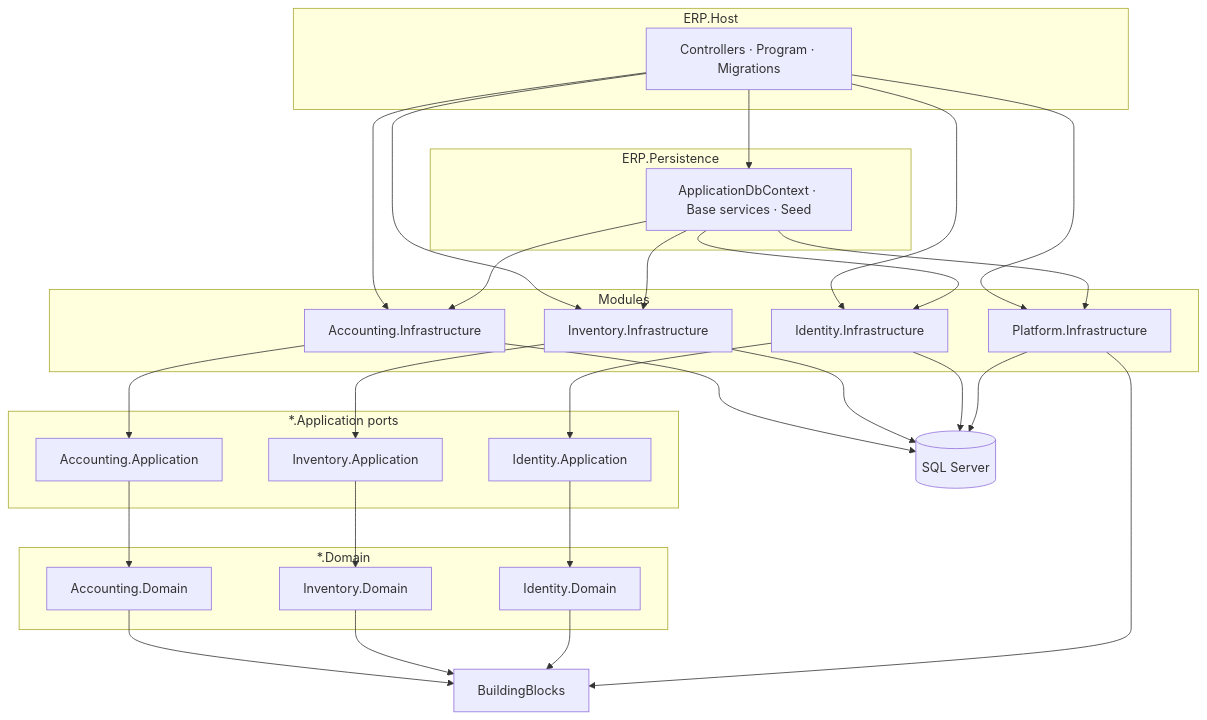
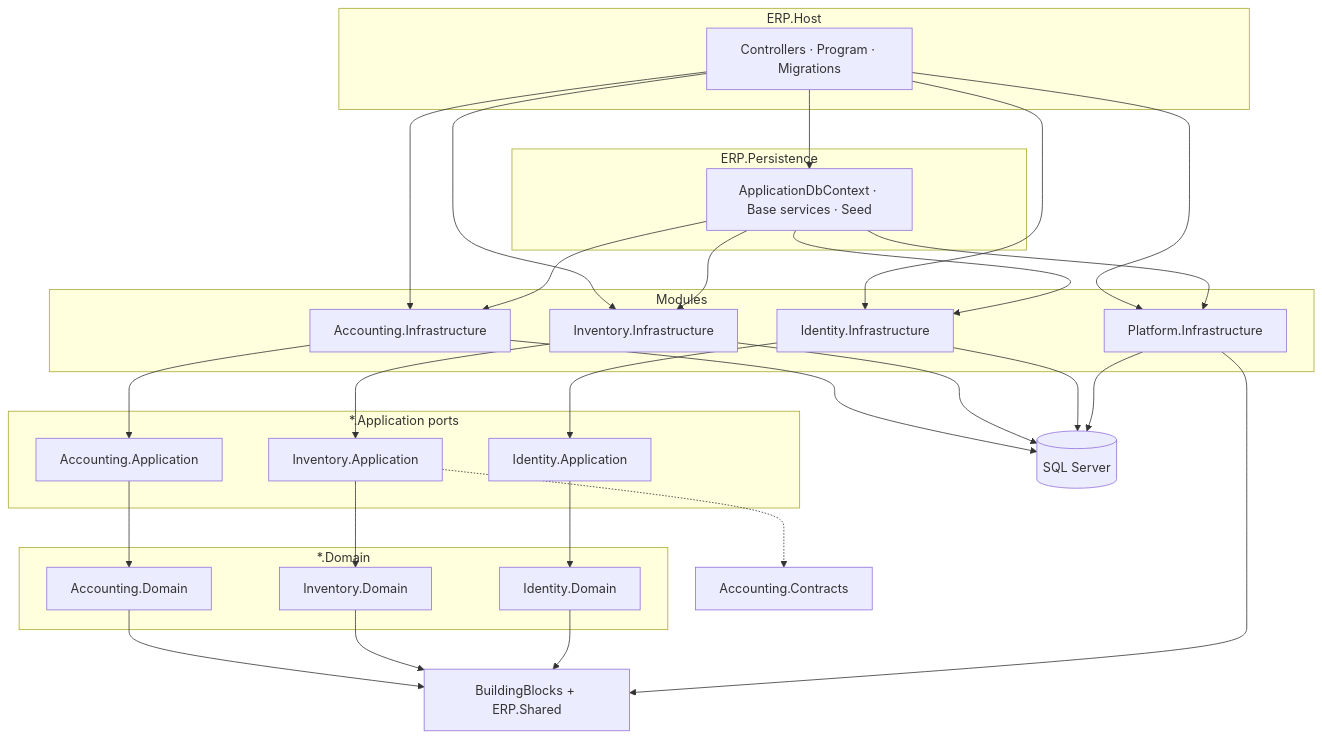
Before and after one commit to AhmedYounis20/AAA.ERP: the first of 2 diagrams in docs/architecture/SOLUTION_DIAGRAM.md, drawn with Mermaid. The commit also changed other lines of this file and 623 other files, not shown here.

First line of the commit message:
Complete architecture enhancement plan Phases 1–9 (engineering closure).

````diff
--- a/docs/architecture/SOLUTION_DIAGRAM.md
+++ b/docs/architecture/SOLUTION_DIAGRAM.md
@@ -31,41 +34,43 @@
 ```mermaid
 graph TB
     subgraph Host["ERP.Host"]
         H[Controllers · Program · Migrations]
     end
 
     subgraph Persistence["ERP.Persistence"]
         P[ApplicationDbContext · Base services · Seed]
     end
 
     subgraph Modules
         ACC[Accounting.Infrastructure]
         INV[Inventory.Infrastructure]
         IDN[Identity.Infrastructure]
         PLT[Platform.Infrastructure]
     end
 
     subgraph Application["*.Application ports"]
         ACCA[Accounting.Application]
         INVA[Inventory.Application]
         IDNA[Identity.Application]
     end
 
     subgraph Domain["*.Domain"]
         ACCD[Accounting.Domain]
         INVD[Inventory.Domain]
         IDND[Identity.Domain]
     end
 
-    BB[BuildingBlocks]
+    Contracts[Accounting.Contracts]
+    BB[BuildingBlocks + ERP.Shared]
 
     DB[(SQL Server)]
 
     H --> ACC & INV & IDN & PLT & P
     P --> ACC & INV & IDN & PLT
     ACC --> ACCA --> ACCD --> BB
     INV --> INVA --> INVD --> BB
+    INVA -.-> Contracts
     IDN --> IDNA --> IDND --> BB
     PLT --> BB
     ACC & INV & IDN & PLT --> DB
 ```
````
